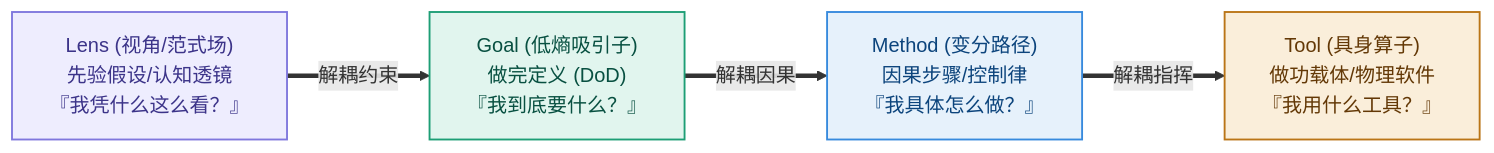
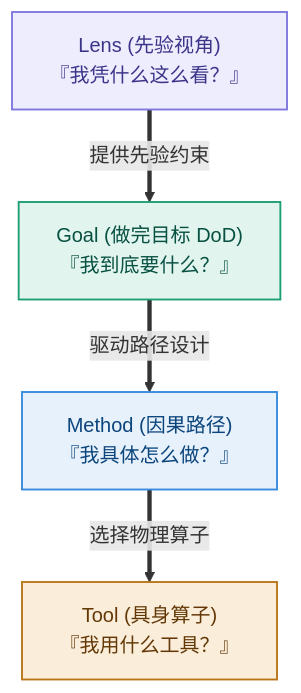
One commit to hongyangchun/lgmt-book changed the diagram in outputs/book/03_第03章_四构件解构_Lens_Goal_Method_Tool的极简说明书.md. Above: the diagram before and after it, drawn with Mermaid. The commit also changed other lines of this file and 3986 other files, not shown here.

````diff
--- a/outputs/book/03_第03章_四构件解构_Lens_Goal_Method_Tool的极简说明书.md
+++ b/outputs/book/03_第03章_四构件解构_Lens_Goal_Method_Tool的极简说明书.md
@@ -72,22 +95,17 @@
 ```mermaid
-flowchart LR
+flowchart TD
     %% FIG-03-DECOUPLING: LGMT 四构件独立解耦拓扑与接口说明
     classDef lensStyle fill:#EEEDFE,stroke:#7F77DD,stroke-width:1.5px,color:#3C3489;
     classDef goalStyle fill:#E1F5EE,stroke:#1D9E75,stroke-width:1.5px,color:#085041;
     classDef methodStyle fill:#E6F1FB,stroke:#378ADD,stroke-width:1.5px,color:#0C447C;
     classDef toolStyle fill:#FAEEDA,stroke:#BA7517,stroke-width:1.5px,color:#633806;
 
-    L["Lens (视角/范式场)<br/>先验假设/认知透镜<br/>『我凭什么这么看？』"]
-    G["Goal (低熵吸引子)<br/>做完定义 (DoD)<br/>『我到底要什么？』"]
-    M["Method (变分路径)<br/>因果步骤/控制律<br/>『我具体怎么做？』"]
-    T["Tool (具身算子)<br/>做功载体/物理软件<br/>『我用什么工具？』"]
+    L["Lens (先验视角)<br/>『我凭什么这么看？』"] ==>|提供先验约束| G["Goal (做完目标 DoD)<br/>『我到底要什么？』"]
+    G ==>|驱动路径设计| M["Method (因果路径)<br/>『我具体怎么做？』"]
+    M ==>|选择物理算子| T["Tool (具身算子)<br/>『我用什么工具？』"]
 
     class L lensStyle;
     class G goalStyle;
     class M methodStyle;
     class T toolStyle;
-
-    L ==>|解耦约束| G
-    G ==>|解耦因果| M
-    M ==>|解耦指挥| T
 ```
````
